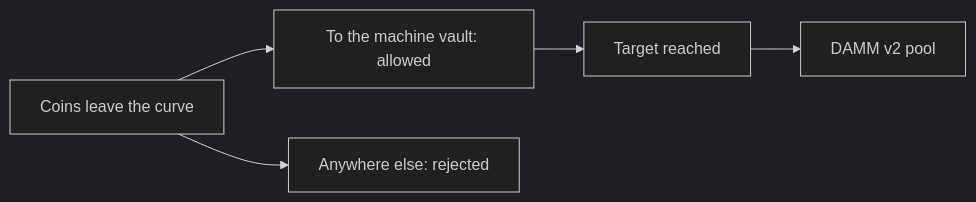
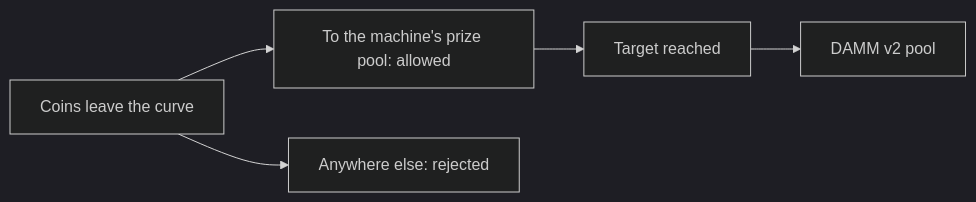
The diagram in hook-and-graduation.mdx (gabox-labs/docs), drawn with Mermaid (dark theme) before and after one commit. The commit also changed other lines of this file and 17 other files, not shown here.

First line of the commit message:
Docs: say "prize pool", and the creator's fund and withdraw (GAB-79)

````diff
--- a/hook-and-graduation.mdx
+++ b/hook-and-graduation.mdx
@@ -9,7 +9,7 @@
 ```mermaid
 flowchart LR
-  A[Coins leave the curve] --> B[To the machine vault: allowed]
+  A[Coins leave the curve] --> B[To the machine's prize pool: allowed]
   A --> C[Anywhere else: rejected]
   B --> D[Target reached]
   D --> E[DAMM v2 pool]
 ```
````
